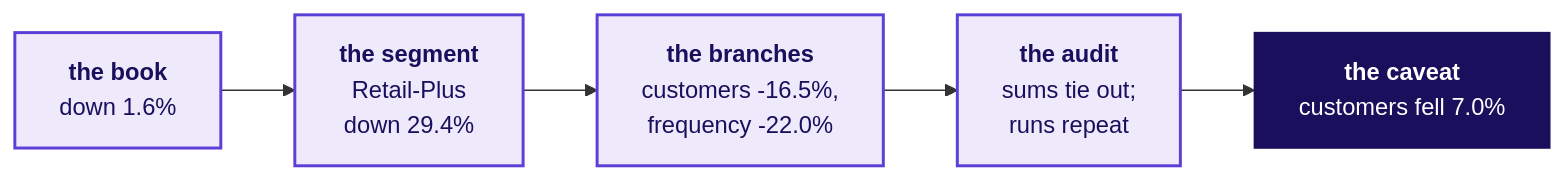
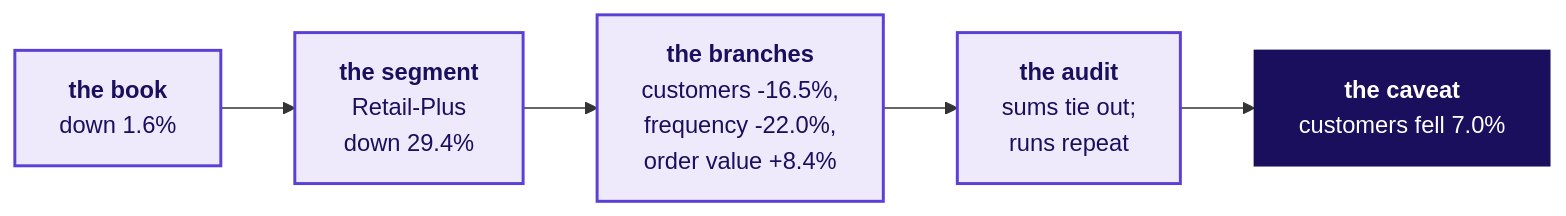
Diagram 12 of 12 in content/W02/D1/whiteboards/C2_W02_D01_board_work_STUDENT.md (fde-academy-lab/c2-content-factory), drawn with Mermaid before and after one commit. The commit also changed other lines of this file and 9 other files, not shown here.

````diff
--- a/content/W02/D1/whiteboards/C2_W02_D01_board_work_STUDENT.md
+++ b/content/W02/D1/whiteboards/C2_W02_D01_board_work_STUDENT.md
@@ -256,8 +259,8 @@
 ```mermaid
 flowchart LR
-    B["<b>the book</b><br/>down 1.6%"] --> S["<b>the segment</b><br/>Retail-Plus<br/>down 29.4%"] --> R["<b>the branches</b><br/>customers -16.5%,<br/>frequency -22.0%"] --> A["<b>the audit</b><br/>sums tie out;<br/>runs repeat"] --> C["<b>the caveat</b><br/>customers fell 7.0%"]
+    B["<b>the book</b><br/>down 1.6%"] --> S["<b>the segment</b><br/>Retail-Plus<br/>down 29.4%"] --> R["<b>the branches</b><br/>customers -16.5%,<br/>frequency -22.0%,<br/>order value +8.4%"] --> A["<b>the audit</b><br/>sums tie out;<br/>runs repeat"] --> C["<b>the caveat</b><br/>customers fell 7.0%"]
     classDef known fill:#EEEAFB,stroke:#5B3FD6,color:#1A0F5C,stroke-width:2px
     classDef bet fill:#1A0F5C,stroke:#1A0F5C,color:#FFFFFF
     class B,S,R,A known
     class C bet
 ```
````
